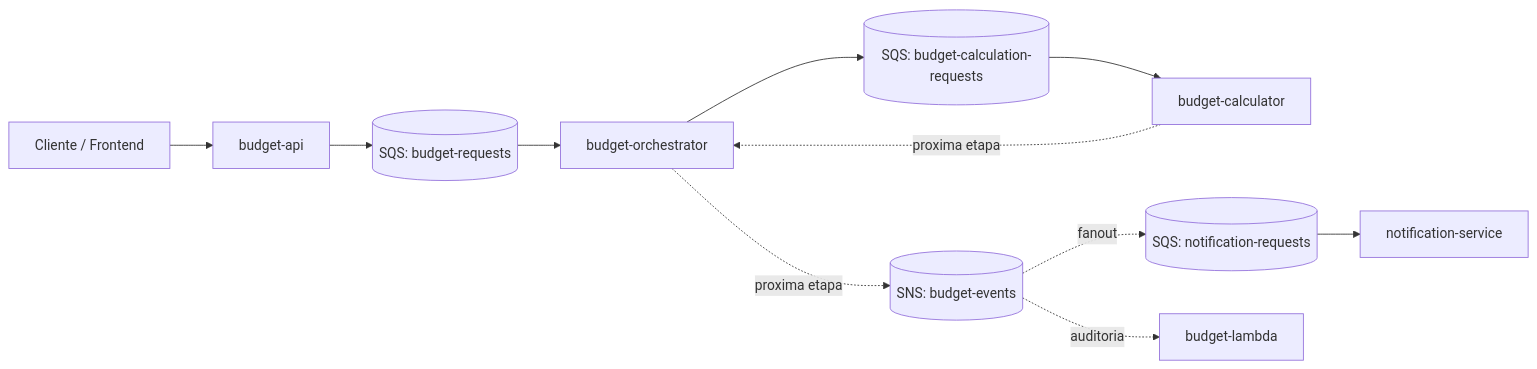
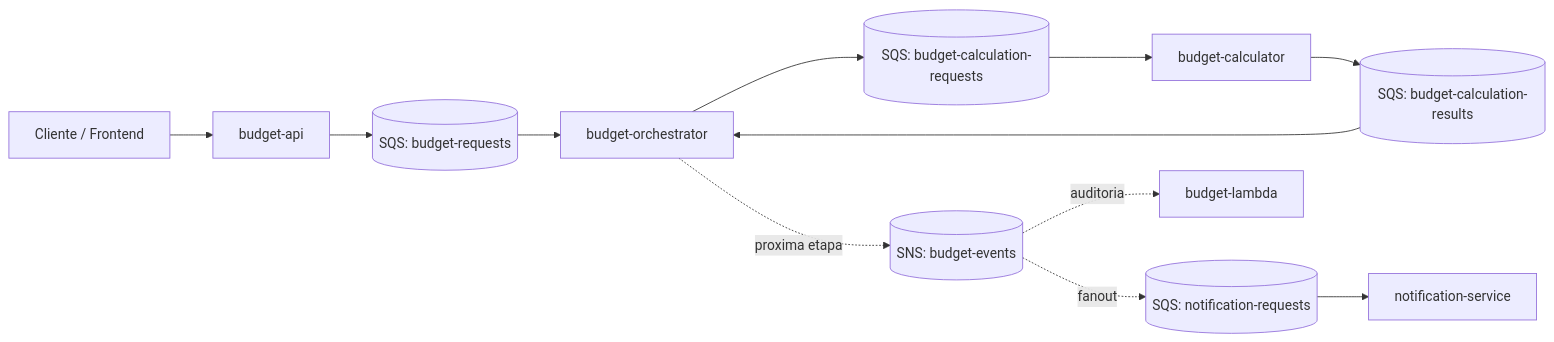
Before and after one commit to RicardoRAlves/Orcamento_Microservice: the first of 4 diagrams in README.md, drawn with Mermaid. The commit also changed other lines of this file and 22 other files, not shown here.

Commit message:
Ajusting budget Calculator

````diff
--- a/README.md
+++ b/README.md
@@ -17,13 +19,14 @@
 ```mermaid
 flowchart LR
     Client[Cliente / Frontend] --> API[budget-api]
     API --> QueueRequests[(SQS: budget-requests)]
     QueueRequests --> Orchestrator[budget-orchestrator]
     Orchestrator --> QueueCalculation[(SQS: budget-calculation-requests)]
     QueueCalculation --> Calculator[budget-calculator]
-    Calculator -. proxima etapa .-> Orchestrator
+    Calculator --> QueueResults[(SQS: budget-calculation-results)]
+    QueueResults --> Orchestrator
     Orchestrator -. proxima etapa .-> TopicEvents[(SNS: budget-events)]
     TopicEvents -. fanout .-> QueueNotifications[(SQS: notification-requests)]
     QueueNotifications --> Notification[notification-service]
     TopicEvents -. auditoria .-> Lambda[budget-lambda]
 ```
````
